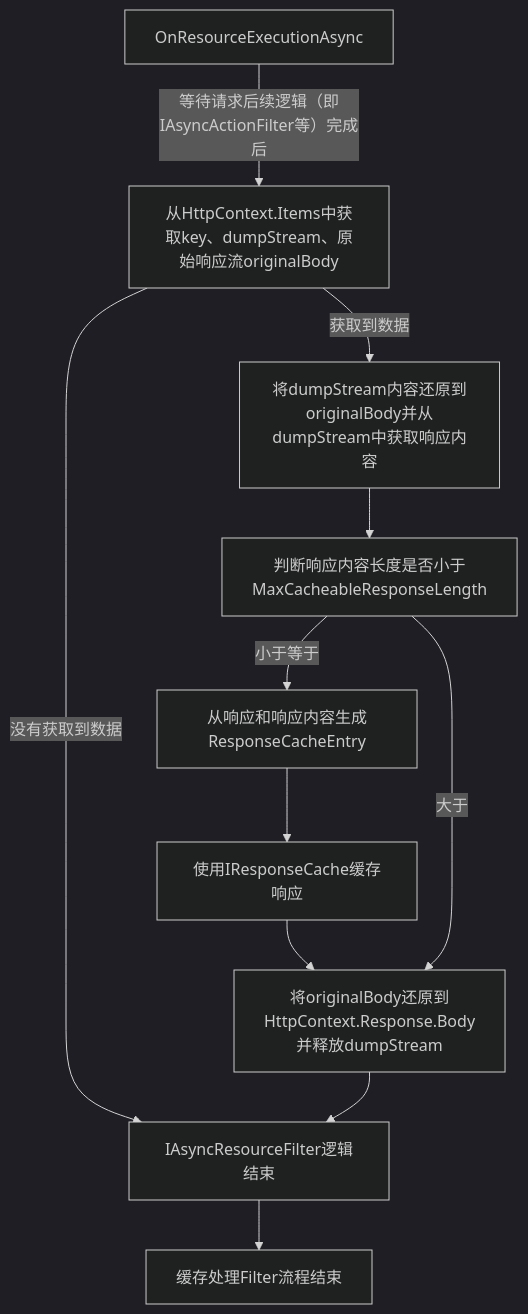
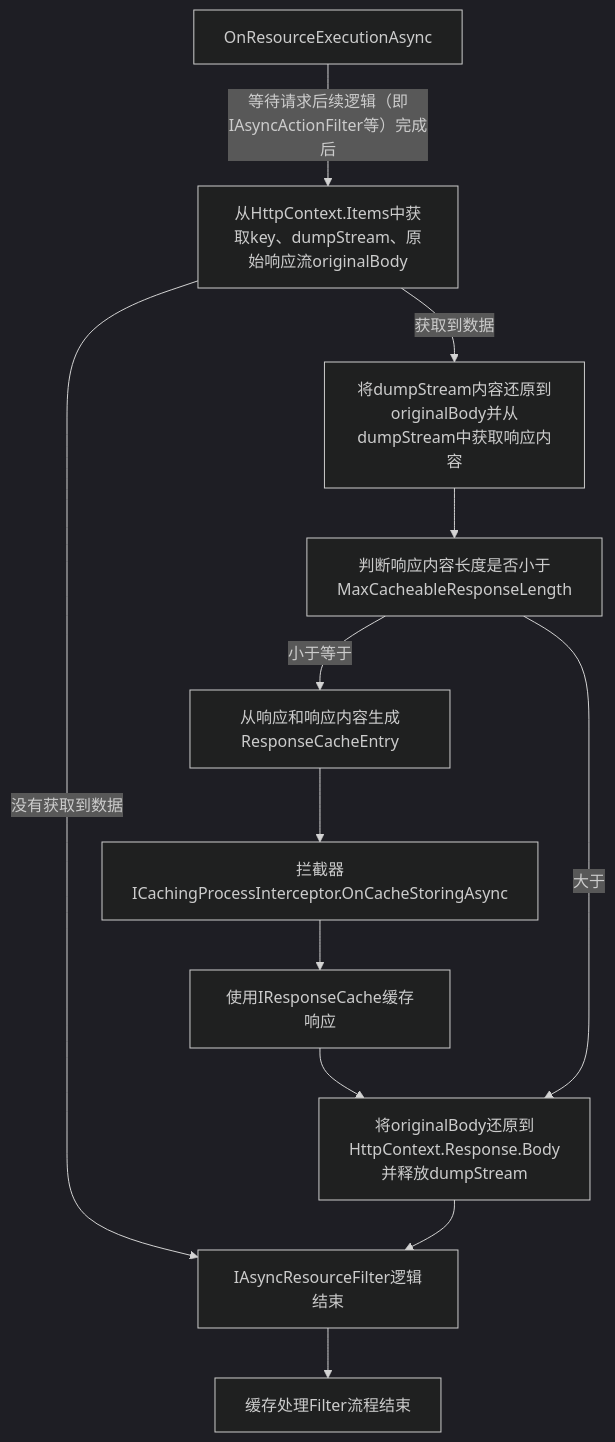
Before and after one commit to stratosblue/Cuture.AspNetCore.ResponseCaching: the eighth of 8 diagrams in flow_of_execution.md, drawn with Mermaid (dark theme). The commit also changed other lines of this file and 2 other files, not shown here.

Commit message:
调整流程图和文档；

````diff
--- a/flow_of_execution.md
+++ b/flow_of_execution.md
@@ -118,14 +134,14 @@
 ```mermaid
 graph TD
     PR["OnResourceExecutionAsync"] --"等待请求后续逻辑（即IAsyncActionFilter等）完成后"-->
     PR1["从HttpContext.Items中获取key、dumpStream、原始响应流originalBody"]
         PR1 --获取到数据--> PR2
         PR1 --没有获取到数据--> PRE
     PR2["将dumpStream内容还原到originalBody并从dumpStream中获取响应内容"] -->
     PR3["判断响应内容长度是否小于MaxCacheableResponseLength"]
-        PR3 --小于等于--> PR31["从响应和响应内容生成ResponseCacheEntry"] --> PR311["使用IResponseCache缓存响应"] --> PRPE
+        PR3 --小于等于--> PR31["从响应和响应内容生成ResponseCacheEntry"] --> PR311["拦截器ICachingProcessInterceptor.OnCacheStoringAsync"] --> PR3111["使用IResponseCache缓存响应"] --> PRPE
         PR3 --大于--> PRPE
     PRPE["将originalBody还原到HttpContext.Response.Body并释放dumpStream"] -->
     PRE["IAsyncResourceFilter逻辑结束"] -->
     PE["缓存处理Filter流程结束"]
 ```
````
